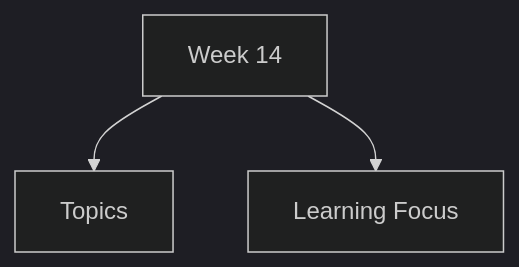
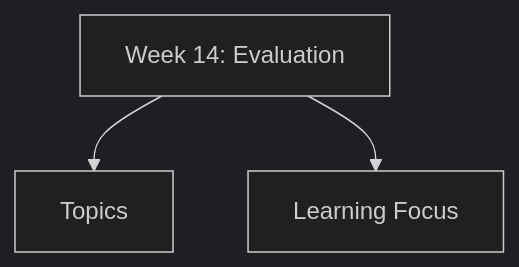
Before and after one commit to abdulahshoaib/ahci: the diagram in content/docs/week-14/_index.md, drawn with Mermaid (dark theme). The commit also changed other lines of this file and 10 other files, not shown here.

````diff
--- a/content/docs/week-14/_index.md
+++ b/content/docs/week-14/_index.md
@@ -11,6 +12,6 @@
 ```mermaid
 flowchart TD
-    T["Week 14"]
+    T["Week 14: Evaluation"]
     T --> S1["Topics"]
     T --> S2["Learning Focus"]
 ```
````
